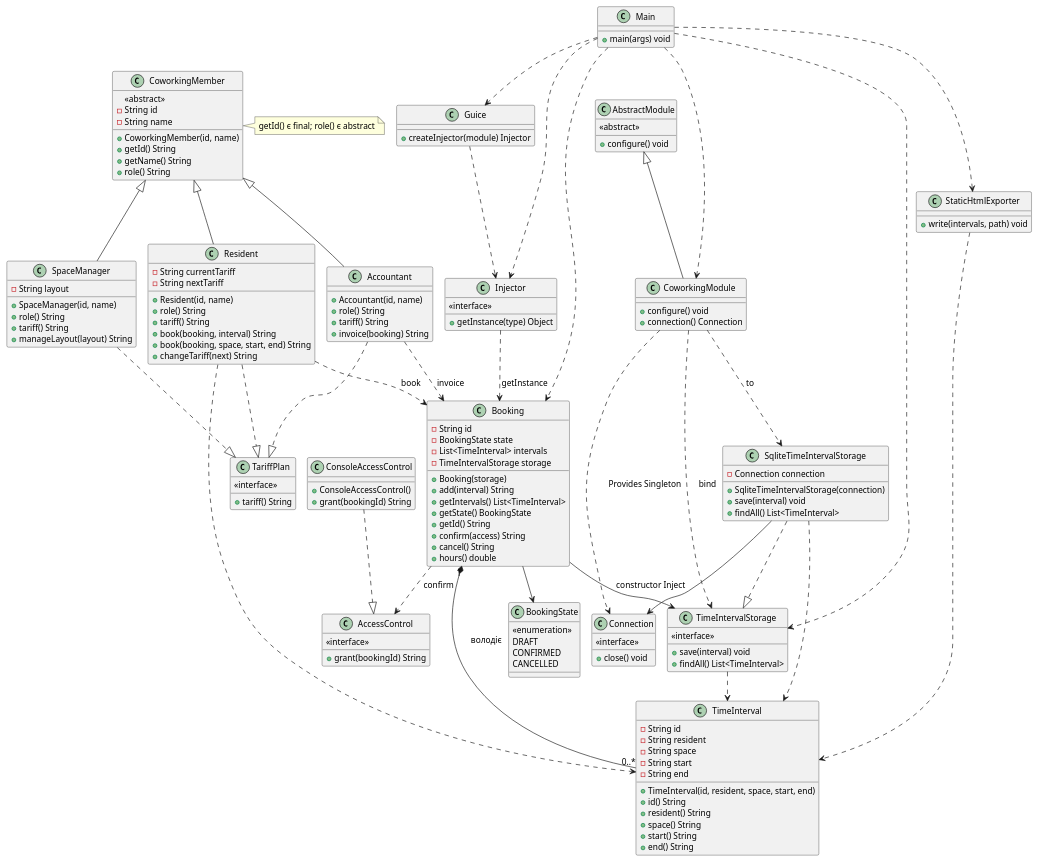
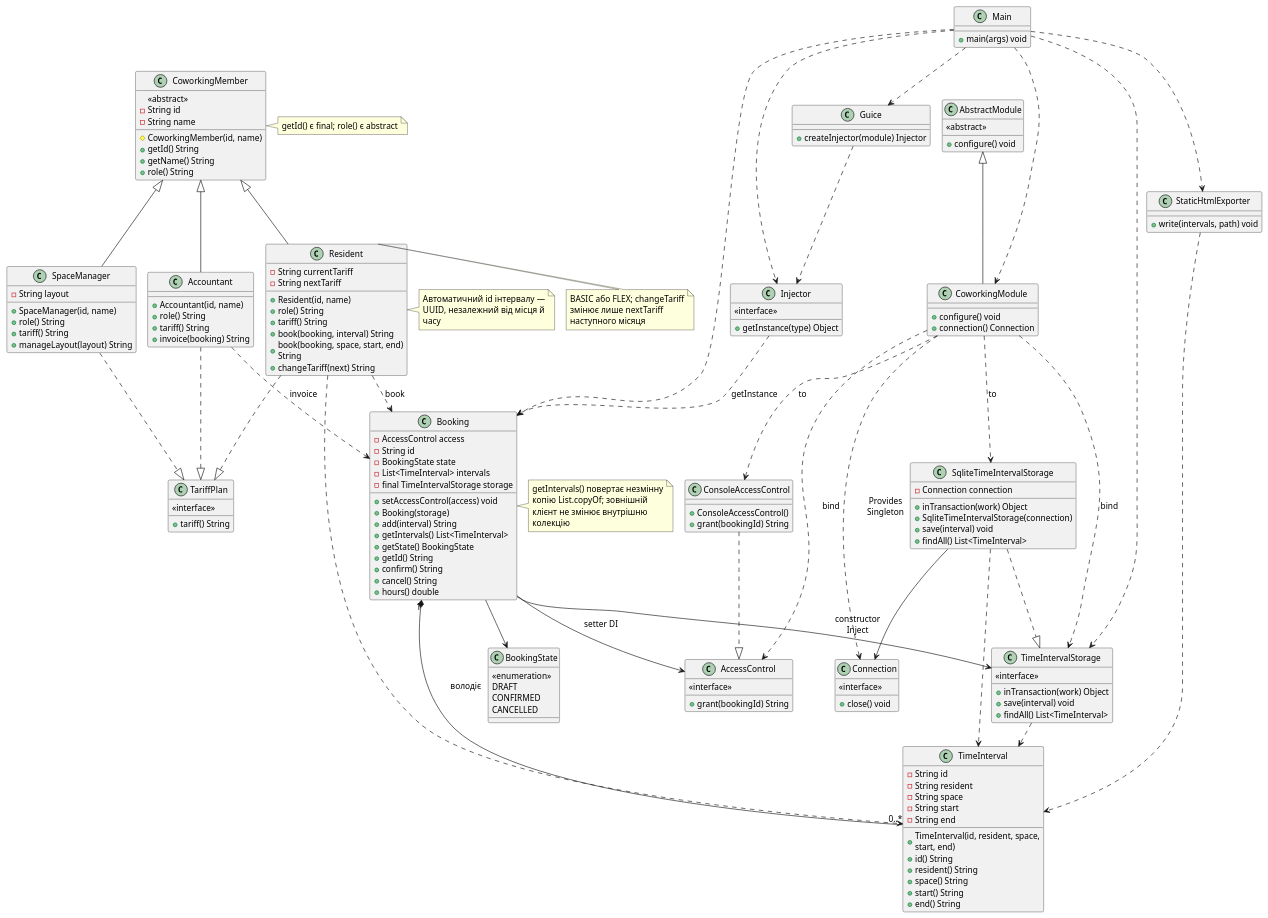
The diagram in docs/class-print.puml (auulina21/coworking-19), drawn with PlantUML before and after one commit. The commit also changed 42 other files, not shown here.

```diff
--- a/docs/class-print.puml
+++ b/docs/class-print.puml
@@ -1,153 +1,168 @@
 @startuml
 !pragma layout smetana
 skinparam defaultFontName Arial
 skinparam defaultFontSize 13
+skinparam maxMessageSize 85
+skinparam wrapWidth 220
 skinparam nodesep 35
 skinparam ranksep 45
 class CoworkingMember {
   <<abstract>>
   -String id
   -String name
-  +CoworkingMember(id, name)
+  #CoworkingMember(id, name)
   +getId() String
   +getName() String
   +role() String
 }
 class TariffPlan {
   <<interface>>
   +tariff() String
 }
 class Resident {
   -String currentTariff
   -String nextTariff
   +Resident(id, name)
   +role() String
   +tariff() String
   +book(booking, interval) String
   +book(booking, space, start, end) String
   +changeTariff(next) String
 }
 class SpaceManager {
   -String layout
   +SpaceManager(id, name)
   +role() String
   +tariff() String
   +manageLayout(layout) String
 }
 class Accountant {
   +Accountant(id, name)
   +role() String
   +tariff() String
   +invoice(booking) String
 }
 class TimeInterval {
   -String id
   -String resident
   -String space
   -String start
   -String end
   +TimeInterval(id, resident, space, start, end)
   +id() String
   +resident() String
   +space() String
   +start() String
   +end() String
 }
 class BookingState {
   <<enumeration>>
   DRAFT
   CONFIRMED
   CANCELLED
 }
 class Booking {
+  -AccessControl access
+  +setAccessControl(access) void
   -String id
   -BookingState state
   -List<TimeInterval> intervals
-  -TimeIntervalStorage storage
+  -final TimeIntervalStorage storage
   +Booking(storage)
   +add(interval) String
   +getIntervals() List<TimeInterval>
   +getState() BookingState
   +getId() String
-  +confirm(access) String
+  +confirm() String
   +cancel() String
   +hours() double
 }
 class AccessControl {
   <<interface>>
   +grant(bookingId) String
 }
 class ConsoleAccessControl {
   +ConsoleAccessControl()
   +grant(bookingId) String
 }
 class TimeIntervalStorage {
+  +inTransaction(work) Object
   <<interface>>
   +save(interval) void
   +findAll() List<TimeInterval>
 }
 class SqliteTimeIntervalStorage {
+  +inTransaction(work) Object
   -Connection connection
   +SqliteTimeIntervalStorage(connection)
   +save(interval) void
   +findAll() List<TimeInterval>
 }
 class CoworkingModule {
   +configure() void
   +connection() Connection
 }
 class AbstractModule {
   <<abstract>>
   +configure() void
 }
 class Injector {
   <<interface>>
   +getInstance(type) Object
 }
 class Guice {
   +createInjector(module) Injector
 }
 class Connection {
   <<interface>>
   +close() void
 }
 class Main {
   +main(args) void
 }
 class StaticHtmlExporter {
   +write(intervals, path) void
 }
 CoworkingMember <|-- Resident
 CoworkingMember <|-- SpaceManager
 CoworkingMember <|-- Accountant
 Resident ..|> TariffPlan
 SpaceManager ..|> TariffPlan
 Accountant ..|> TariffPlan
 Booking "1" *-- "0..*" TimeInterval : володіє
 Booking --> BookingState
-Booking ..> AccessControl : confirm
+Booking --> AccessControl : setter DI
 ConsoleAccessControl ..|> AccessControl
 Resident ..> Booking : book
 Resident ..> TimeInterval
 Accountant ..> Booking : invoice
 Booking --> TimeIntervalStorage : constructor Inject
 TimeIntervalStorage ..> TimeInterval
 SqliteTimeIntervalStorage ..|> TimeIntervalStorage
 SqliteTimeIntervalStorage --> Connection
 SqliteTimeIntervalStorage ..> TimeInterval
 AbstractModule <|-- CoworkingModule
 CoworkingModule ..> TimeIntervalStorage : bind
 CoworkingModule ..> SqliteTimeIntervalStorage : to
 CoworkingModule ..> Connection : Provides Singleton
 Main ..> Guice
 Main ..> CoworkingModule
 Main ..> Injector
 Injector ..> Booking : getInstance
 Guice ..> Injector
 Main ..> Booking
 Main ..> StaticHtmlExporter
 StaticHtmlExporter ..> TimeInterval
 Main ..> TimeIntervalStorage
 
 note right of CoworkingMember : getId() є final; role() є abstract
+
+note right of Resident : BASIC або FLEX; changeTariff змінює лише nextTariff наступного місяця
+
+CoworkingModule ..> AccessControl : bind
+CoworkingModule ..> ConsoleAccessControl : to
+
+note right of Resident : Автоматичний id інтервалу — UUID, незалежний від місця й часу
+
+note right of Booking : getIntervals() повертає незмінну копію List.copyOf; зовнішній клієнт не змінює внутрішню колекцію
 @enduml
```
